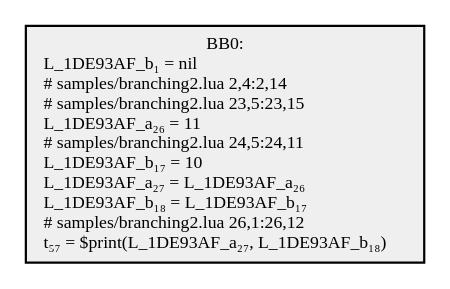
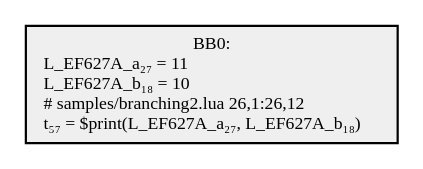
One commit to GGG-KILLER/SimpleCompiler changed the diagram in src/SimpleCompiler.Cli/samples/obj/branching2.4.dot. Above: the diagram before and after it, drawn with Graphviz. The commit also changed 26 other files, not shown here.

```diff
--- a/src/SimpleCompiler.Cli/samples/obj/branching2.4.dot
+++ b/src/SimpleCompiler.Cli/samples/obj/branching2.4.dot
@@ -1,5 +1,5 @@
 digraph {
   node[shape=box style=filled fontsize=8 fontname="Cascadia Code" fillcolor="#efefef"];
-  BB0 [label="BB0:\nL_1DE93AF_b₁ = nil\l# samples/branching2.lua 2,4:2,14\l# samples/branching2.lua 23,5:23,15\lL_1DE93AF_a₂₆ = 11\l# samples/branching2.lua 24,5:24,11\lL_1DE93AF_b₁₇ = 10\lL_1DE93AF_a₂₇ = L_1DE93AF_a₂₆\lL_1DE93AF_b₁₈ = L_1DE93AF_b₁₇\l# samples/branching2.lua 26,1:26,12\lt₅₇ = $print(L_1DE93AF_a₂₇, L_1DE93AF_b₁₈)\l"];
+  BB0 [label="BB0:\nL_EF627A_a₂₇ = 11\lL_EF627A_b₁₈ = 10\l# samples/branching2.lua 26,1:26,12\lt₅₇ = $print(L_EF627A_a₂₇, L_EF627A_b₁₈)\l"];
 
 }
```
